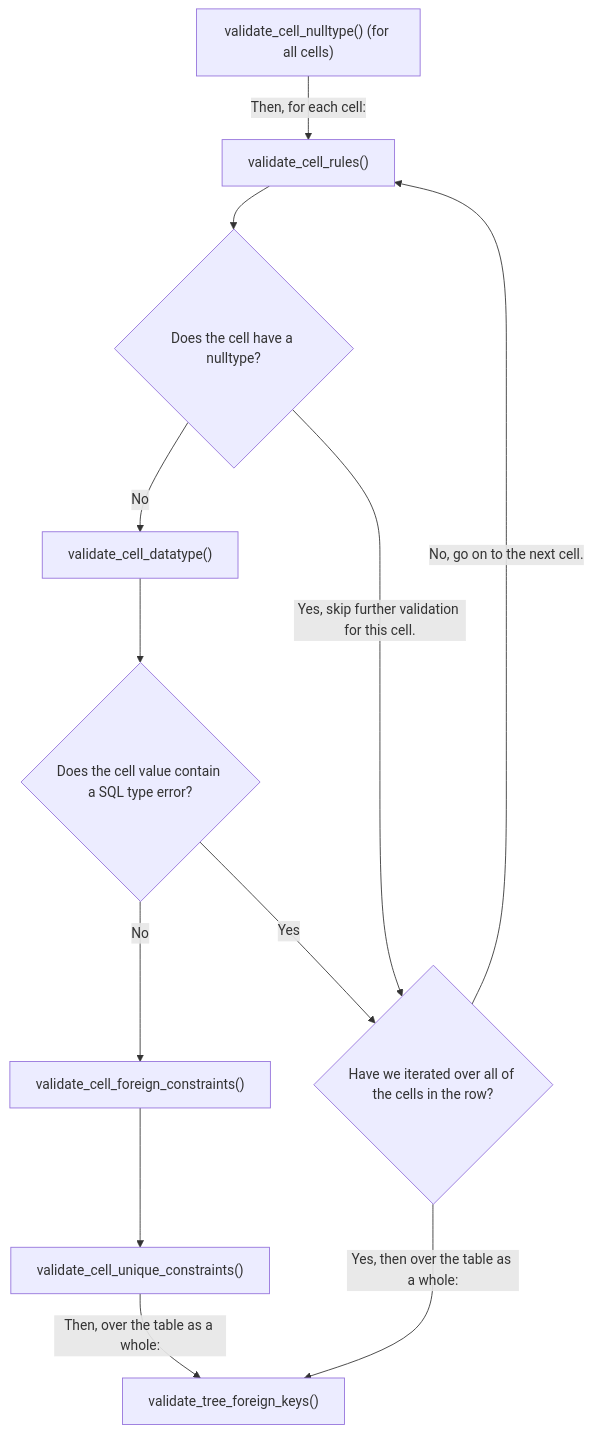
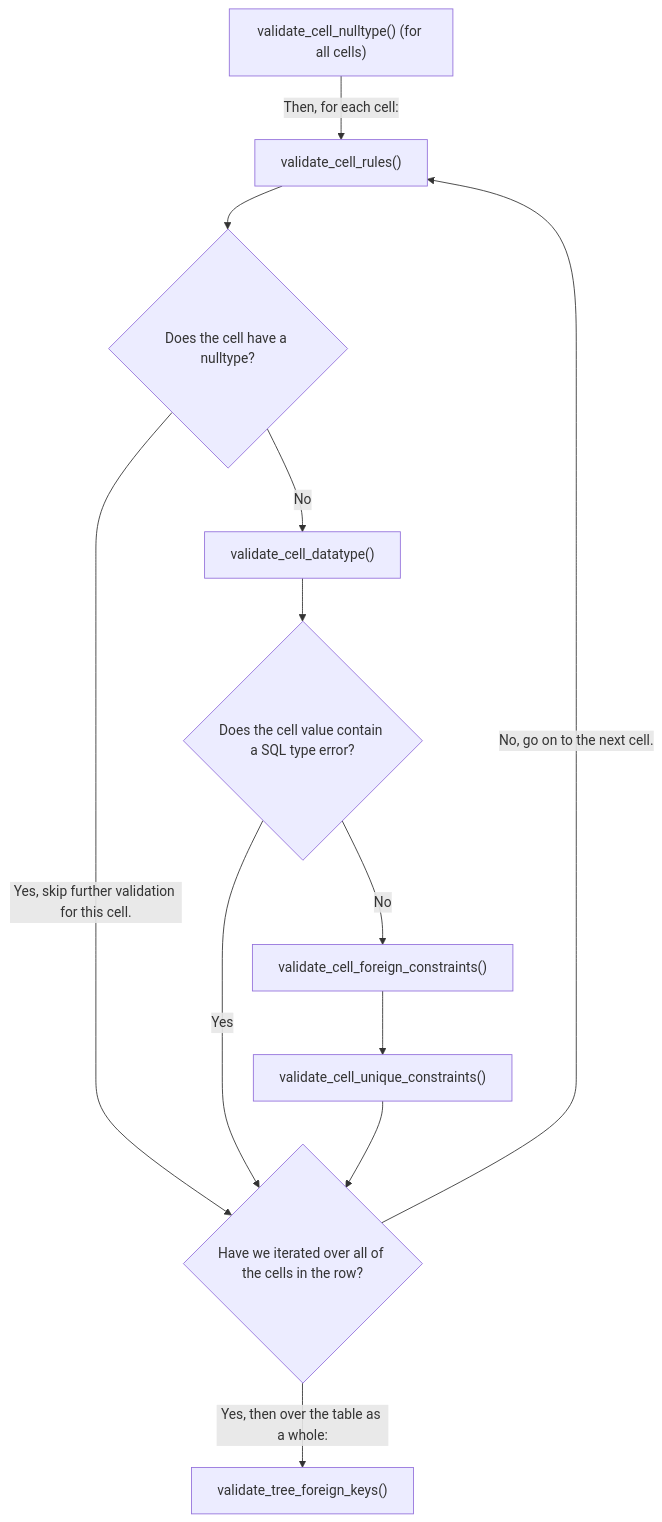
The diagram in README.md (ontodev/valve.rs), drawn with Mermaid before and after one commit.

Commit message:
tweak validation flowchart

````diff
--- a/README.md
+++ b/README.md
@@ -335,23 +335,23 @@
 ```mermaid
 flowchart TD
     node1["validate_cell_nulltype() (for all cells)"]
     node1 -- "Then, for each cell:" --> node2
     node2["validate_cell_rules()"]
     node2 --> modal1
     modal1{"Does the cell have a nulltype?"}
     modal1 -- No --> node3
     modal1 -- Yes, skip further validation for this cell. --> modal3
     node3["validate_cell_datatype()"]
     node3 --> modal2
     modal2{"Does the cell value contain a SQL type error?"}
     modal2 -- No --> node4
     modal2 -- Yes --> modal3
     node4["validate_cell_foreign_constraints()"]
     node4 --> node5
     node5["validate_cell_unique_constraints()"]
-    node5 -- "Then, over the table as a whole:" --> node6
+    node5 --> modal3
     modal3{"Have we iterated over all of the cells in the row?"}
     modal3 -- Yes, then over the table as a whole: --> node6
     modal3 -- No, go on to the next cell. --> node2
     node6["validate_tree_foreign_keys()"]
 ```
````
